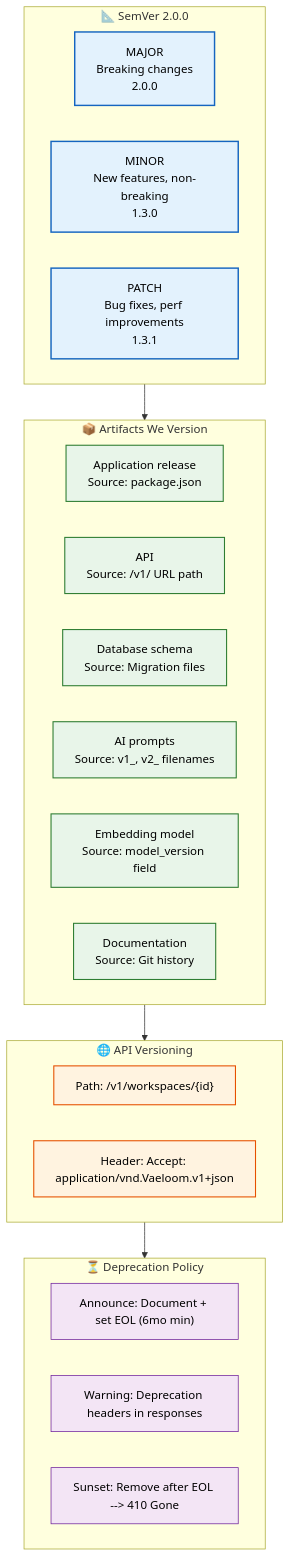
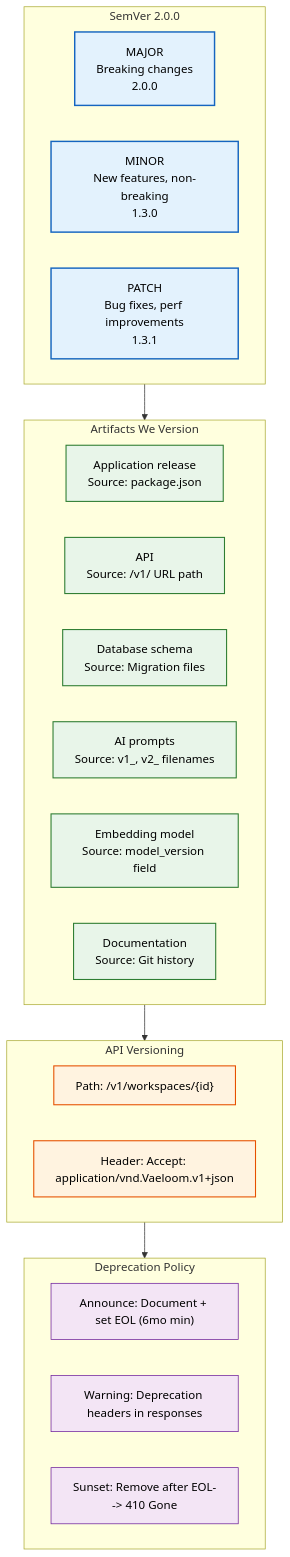
Before and after one commit to Driftloom/Vaeloom: the diagram in docs/engineering/Versioning.md, drawn with Mermaid. The commit also changed other lines of this file and 694 other files, not shown here.

First line of the commit message:
docs: mermaid standardization — encoding/mermaid/duplicate cleanup

````diff
--- a/docs/engineering/Versioning.md
+++ b/docs/engineering/Versioning.md
@@ -7,40 +7,40 @@
 ```mermaid
 graph TD
-    classDef scheme fill:#e3f2fd,stroke:#1565c0,color:#000,stroke-width:2px
-    classDef artifact fill:#e8f5e9,stroke:#2e7d32,color:#000,stroke-width:1.5px
-    classDef api fill:#fff3e0,stroke:#e65100,color:#000,stroke-width:1.5px
-    classDef deprecate fill:#f3e5f5,stroke:#6a1b9a,color:#000,stroke-width:1px
+ classDef scheme fill:#e3f2fd,stroke:#1565c0,color:#000,stroke-width:2px
+ classDef artifact fill:#e8f5e9,stroke:#2e7d32,color:#000,stroke-width:1.5px
+ classDef api fill:#fff3e0,stroke:#e65100,color:#000,stroke-width:1.5px
+ classDef deprecate fill:#f3e5f5,stroke:#6a1b9a,color:#000,stroke-width:1px
 
-    subgraph Scheme["📐 SemVer 2.0.0"]
-        S1["MAJOR<br/>Breaking changes<br/>2.0.0"]
-        S2["MINOR<br/>New features, non-breaking<br/>1.3.0"]
-        S3["PATCH<br/>Bug fixes, perf improvements<br/>1.3.1"]
-    end
+ subgraph Scheme["SemVer 2.0.0"]
+ S1["MAJOR<br/>Breaking changes<br/>2.0.0"]
+ S2["MINOR<br/>New features, non-breaking<br/>1.3.0"]
+ S3["PATCH<br/>Bug fixes, perf improvements<br/>1.3.1"]
+ end
 
-    subgraph Artifacts["📦 Artifacts We Version"]
-        A1["Application release<br/>Source: package.json"]
-        A2["API<br/>Source: /v1/ URL path"]
-        A3["Database schema<br/>Source: Migration files"]
-        A4["AI prompts<br/>Source: v1_, v2_ filenames"]
-        A5["Embedding model<br/>Source: model_version field"]
-        A6["Documentation<br/>Source: Git history"]
-    end
+ subgraph Artifacts["Artifacts We Version"]
+ A1["Application release<br/>Source: package.json"]
+ A2["API<br/>Source: /v1/ URL path"]
+ A3["Database schema<br/>Source: Migration files"]
+ A4["AI prompts<br/>Source: v1_, v2_ filenames"]
+ A5["Embedding model<br/>Source: model_version field"]
+ A6["Documentation<br/>Source: Git history"]
+ end
 
-    subgraph APIVersioning["🌐 API Versioning"]
-        V1["Path: /v1/workspaces/{id}"]
-        V2["Header: Accept: application/vnd.Vaeloom.v1+json"]
-    end
+ subgraph APIVersioning["API Versioning"]
+ V1["Path: /v1/workspaces/{id}"]
+ V2["Header: Accept: application/vnd.Vaeloom.v1+json"]
+ end
 
-    subgraph Deprecation["⏳ Deprecation Policy"]
-        D1["Announce: Document + set EOL (6mo min)"]
-        D2["Warning: Deprecation headers in responses"]
-        D3["Sunset: Remove after EOL --> 410 Gone"]
-    end
+ subgraph Deprecation["Deprecation Policy"]
+ D1["Announce: Document + set EOL (6mo min)"]
+ D2["Warning: Deprecation headers in responses"]
+ D3["Sunset: Remove after EOL--> 410 Gone"]
+ end
 
-    Scheme --> Artifacts --> APIVersioning --> Deprecation
+ Scheme--> Artifacts--> APIVersioning--> Deprecation
 
-    class S1,S2,S3 scheme
-    class A1,A2,A3,A4,A5,A6 artifact
-    class V1,V2 api
-    class D1,D2,D3 deprecate
+ class S1,S2,S3 scheme
+ class A1,A2,A3,A4,A5,A6 artifact
+ class V1,V2 api
+ class D1,D2,D3 deprecate
 ```
````
